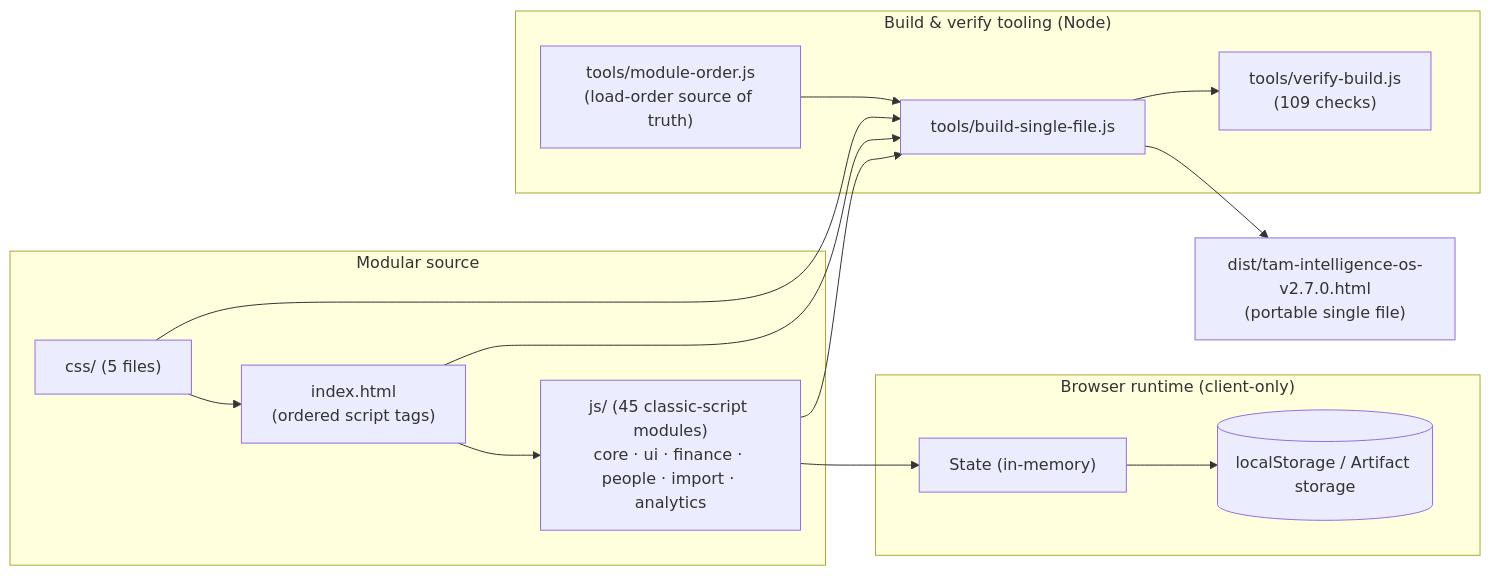
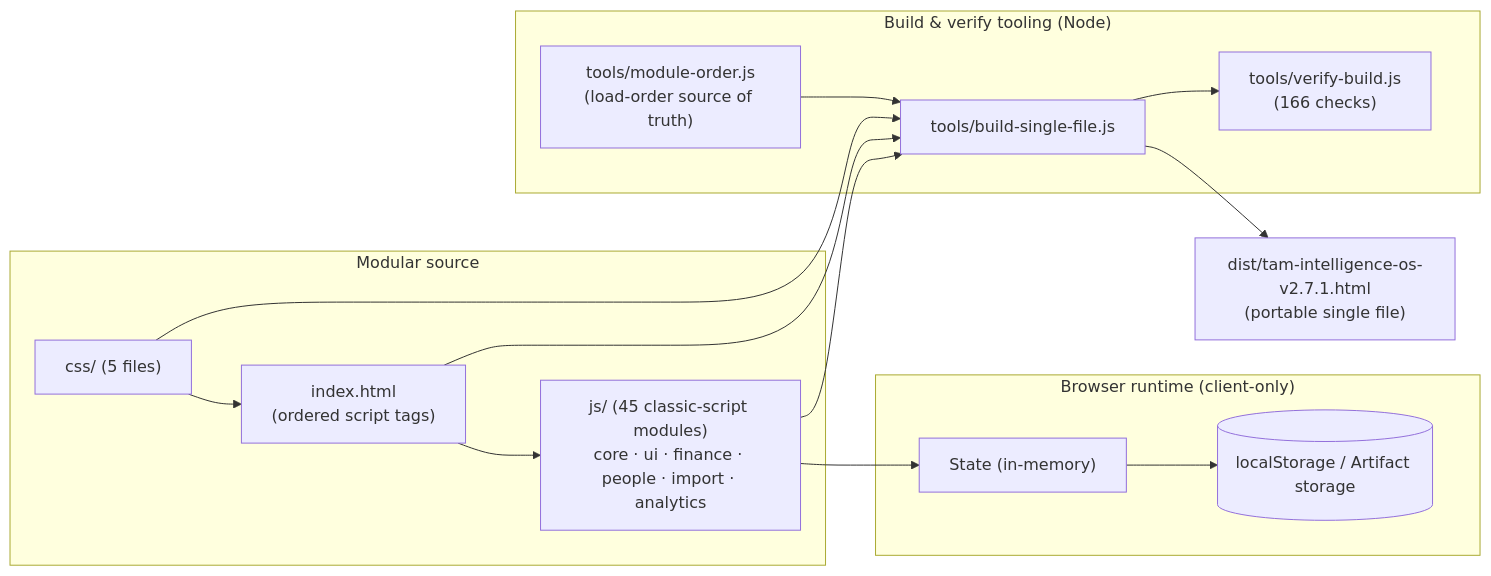
The first of 2 diagrams in README.md (fanoryu/TAM-Intelligence-OS), drawn with Mermaid before and after one commit. The commit also changed other lines of this file, not shown here.

````diff
--- a/README.md
+++ b/README.md
@@ -135,27 +155,27 @@
 ```mermaid
 flowchart LR
   subgraph Source["Modular source"]
     IDX["index.html<br/>(ordered script tags)"]
     CSS["css/ (5 files)"]
     JS["js/ (45 classic-script modules)<br/>core · ui · finance · people · import · analytics"]
   end
   subgraph Runtime["Browser runtime (client-only)"]
     STATE["State (in-memory)"]
     LS[("localStorage / Artifact storage")]
   end
   subgraph Build["Build & verify tooling (Node)"]
     ORDER["tools/module-order.js<br/>(load-order source of truth)"]
     BUILD["tools/build-single-file.js"]
-    VERIFY["tools/verify-build.js<br/>(109 checks)"]
+    VERIFY["tools/verify-build.js<br/>(166 checks)"]
   end
-  DIST["dist/tam-intelligence-os-v2.7.0.html<br/>(portable single file)"]
+  DIST["dist/tam-intelligence-os-v2.7.1.html<br/>(portable single file)"]
 
   IDX --> JS --> STATE --> LS
   CSS --> IDX
   ORDER --> BUILD
   IDX --> BUILD
   CSS --> BUILD
   JS --> BUILD
   BUILD --> DIST
   BUILD --> VERIFY
 ```
````
